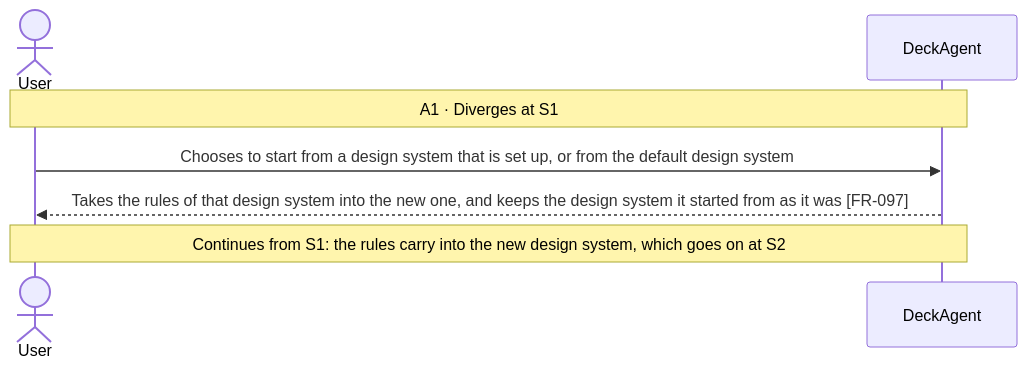
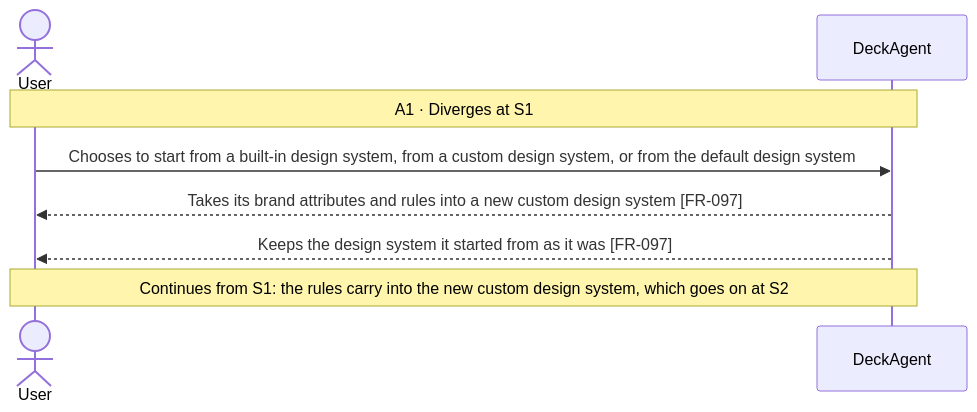
One commit to Luke23127006/DeckAgent changed the second of 9 diagrams in docs/spec/03-use-cases/UC-010.md. Above: the diagram before and after it, drawn with Mermaid. The commit also changed other lines of this file and 7 other files, not shown here.

Commit message:
docs(spec): add built-in design system behavior

````diff
--- a/docs/spec/03-use-cases/UC-010.md
+++ b/docs/spec/03-use-cases/UC-010.md
@@ -64,9 +68,10 @@
 ```mermaid
 sequenceDiagram
     actor User
     participant DeckAgent
     Note over User,DeckAgent: A1 · Diverges at S1
-    User->>DeckAgent: Chooses to start from a design system that is set up, or from the default design system
-    DeckAgent-->>User: Takes the rules of that design system into the new one, and keeps the design system it started from as it was [FR-097]
-    Note over User,DeckAgent: Continues from S1: the rules carry into the new design system, which goes on at S2
+    User->>DeckAgent: Chooses to start from a built-in design system, from a custom design system, or from the default design system
+    DeckAgent-->>User: Takes its brand attributes and rules into a new custom design system [FR-097]
+    DeckAgent-->>User: Keeps the design system it started from as it was [FR-097]
+    Note over User,DeckAgent: Continues from S1: the rules carry into the new custom design system, which goes on at S2
 ```
````
